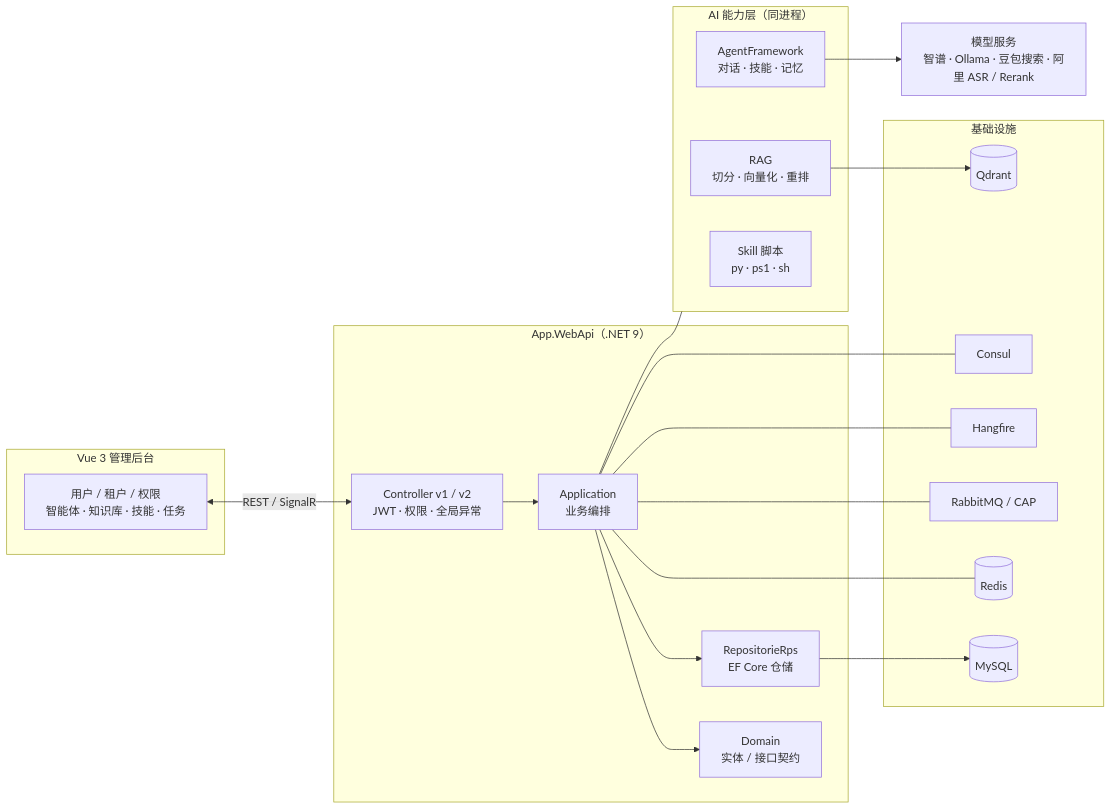
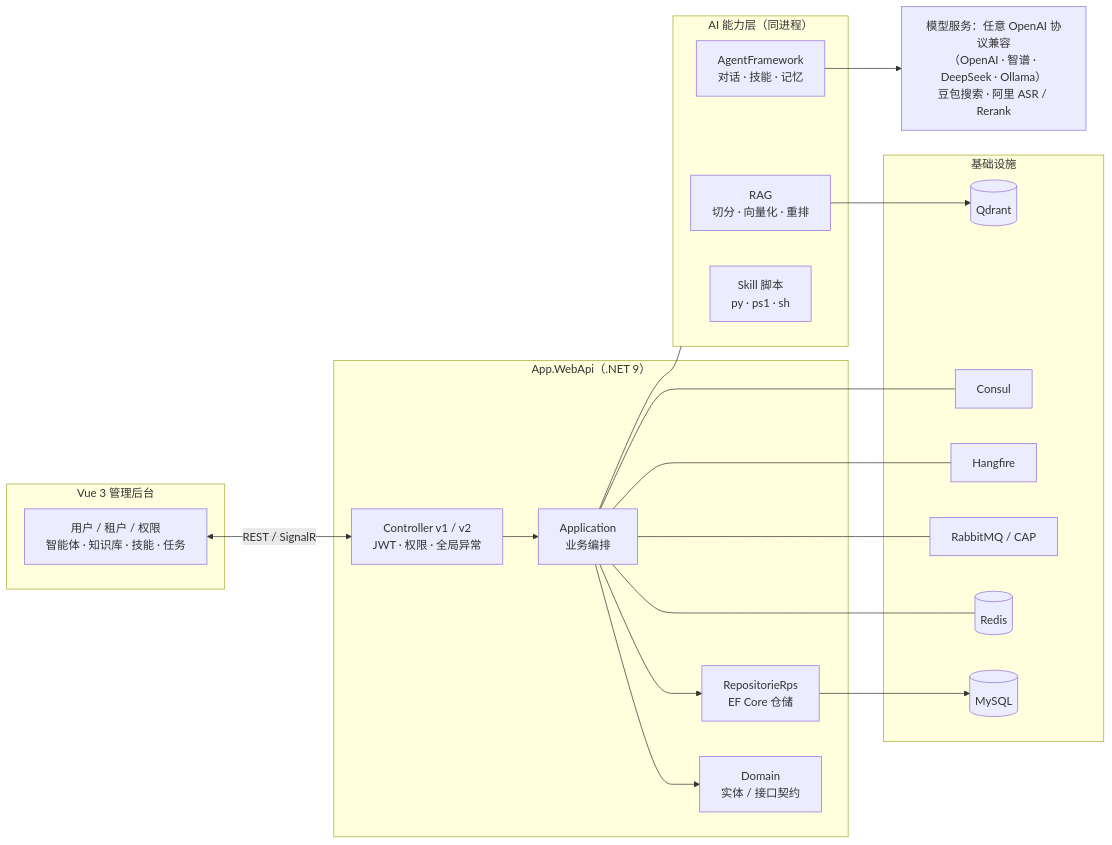
One commit to junkai-li/NetCoreKevin changed the diagram in README.md. Above: the diagram before and after it, drawn with Mermaid. The commit also changed other lines of this file, not shown here.

````diff
--- a/README.md
+++ b/README.md
@@ -117,43 +117,43 @@
 ```mermaid
 flowchart LR
   subgraph FE["Vue 3 管理后台"]
     UI["用户 / 租户 / 权限<br/>智能体 · 知识库 · 技能 · 任务"]
   end
 
   subgraph API["App.WebApi（.NET 9）"]
     C["Controller v1 / v2<br/>JWT · 权限 · 全局异常"]
     A["Application<br/>业务编排"]
     D["Domain<br/>实体 / 接口契约"]
     R["RepositorieRps<br/>EF Core 仓储"]
   end
 
   subgraph AI["AI 能力层（同进程）"]
     AG["AgentFramework<br/>对话 · 技能 · 记忆"]
     RG["RAG<br/>切分 · 向量化 · 重排"]
     SK["Skill 脚本<br/>py · ps1 · sh"]
   end
 
   subgraph INFRA["基础设施"]
     M[("MySQL")]
     RD[("Redis")]
     Q[("Qdrant")]
     MQ["RabbitMQ / CAP"]
     HF["Hangfire"]
     CS["Consul"]
   end
 
-  LLM["模型服务<br/>智谱 · Ollama · 豆包搜索 · 阿里 ASR / Rerank"]
+  LLM["模型服务：任意 OpenAI 协议兼容<br/>（OpenAI · 智谱 · DeepSeek · Ollama）<br/>豆包搜索 · 阿里 ASR / Rerank"]
 
   UI <-->|"REST / SignalR"| C
   C --> A
   A --> D
   A --> R
   R --> M
   A --- AI
   AG --> LLM
   RG --> Q
   A --- RD
   A --- MQ
   A --- HF
   A --- CS
 ```
````
